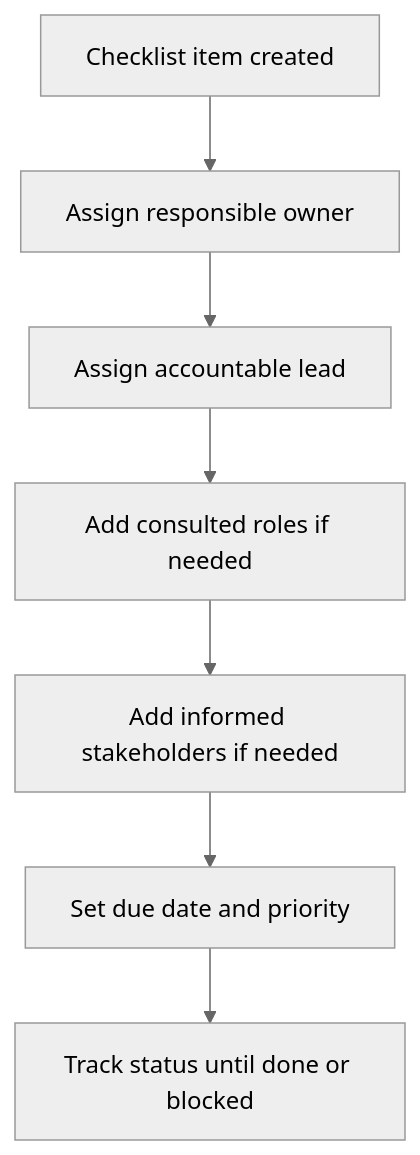
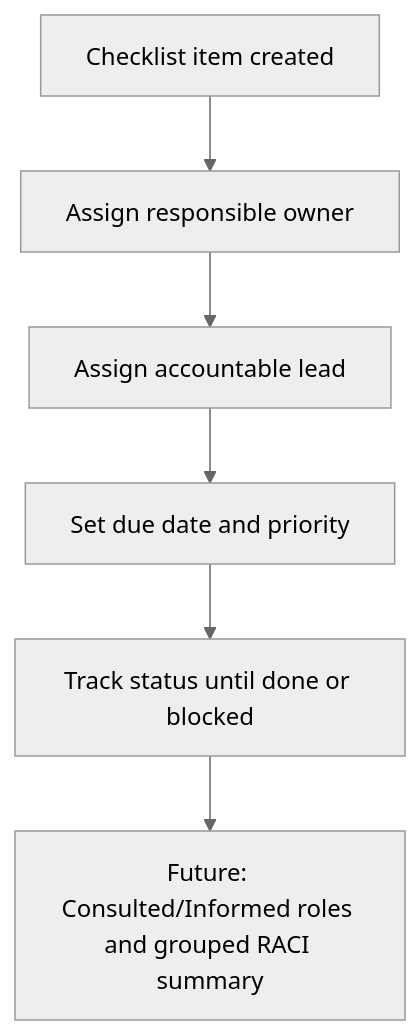
The fourth of 5 diagrams in docs/event-workspace-readiness-center-product-package.md (ivuriarte/Tixora), drawn with Mermaid (neutral theme) before and after one commit. The commit also changed other lines of this file, not shown here.

````diff
--- a/docs/event-workspace-readiness-center-product-package.md
+++ b/docs/event-workspace-readiness-center-product-package.md
@@ -416,9 +430,8 @@
 ```mermaid
 flowchart TD
   A["Checklist item created"] --> B["Assign responsible owner"]
   B --> C["Assign accountable lead"]
-  C --> D["Add consulted roles if needed"]
-  D --> E["Add informed stakeholders if needed"]
-  E --> F["Set due date and priority"]
-  F --> G["Track status until done or blocked"]
+  C --> D["Set due date and priority"]
+  D --> E["Track status until done or blocked"]
+  E --> F["Future: Consulted/Informed roles and grouped RACI summary"]
 ```
````
